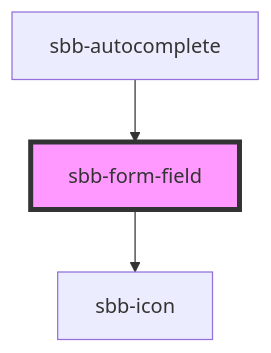
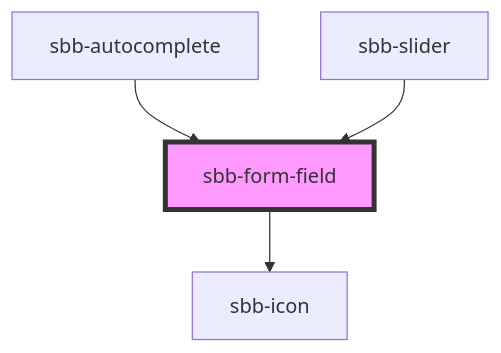
One commit to sbb-design-systems/lyne-components changed the diagram in src/components/sbb-form-field/readme.md. Above: the diagram before and after it, drawn with Mermaid. The commit also changed other lines of this file and 4 other files, not shown here.

Commit message:
feat: added prop to set start and end icons, wrapped sbb-range inside sbb-form-field

````diff
--- a/src/components/sbb-form-field/readme.md
+++ b/src/components/sbb-form-field/readme.md
@@ -106,6 +107,7 @@
 ```mermaid
 graph TD;
   sbb-form-field --> sbb-icon
   sbb-autocomplete --> sbb-form-field
+  sbb-slider --> sbb-form-field
   style sbb-form-field fill:#f9f,stroke:#333,stroke-width:4px
 ```
````
